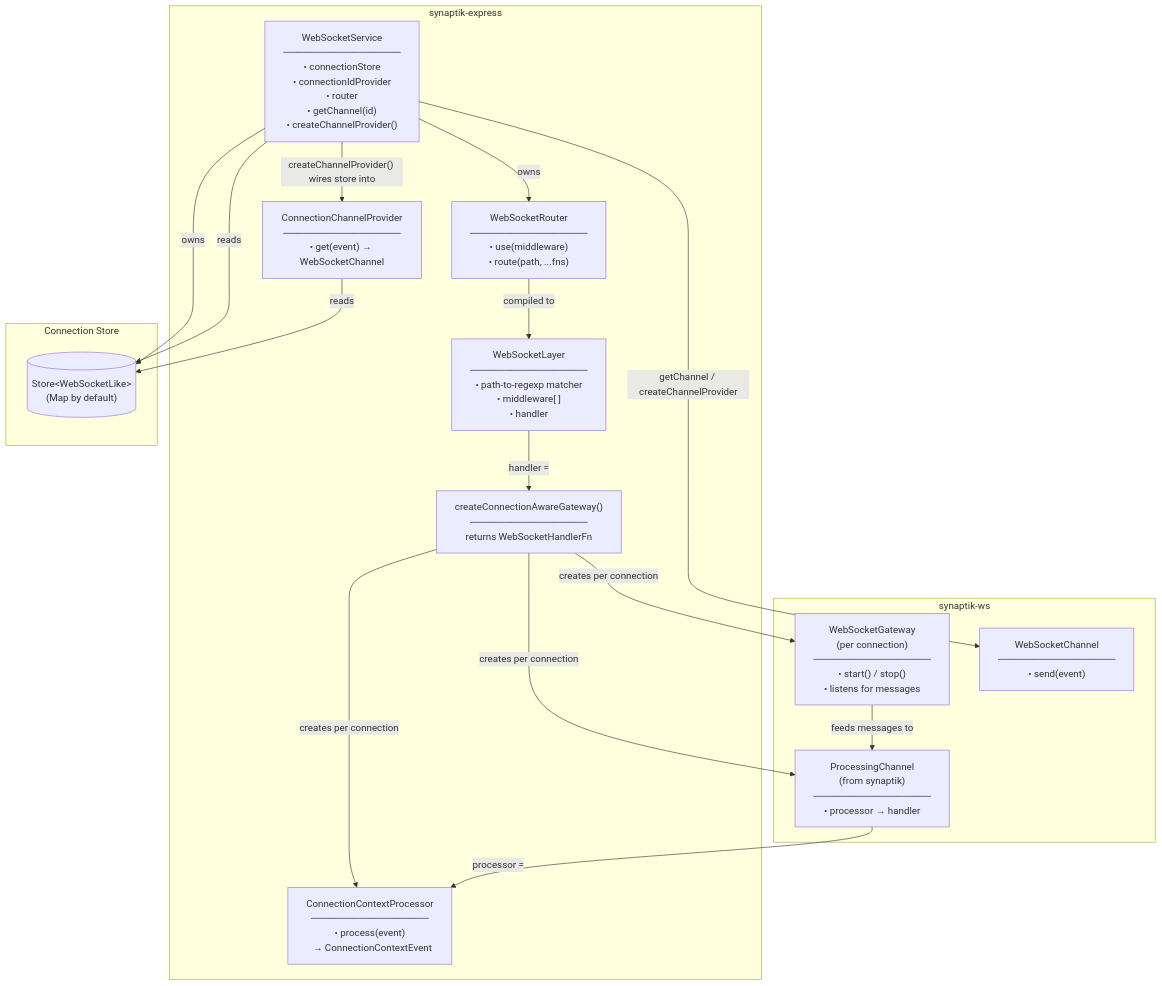
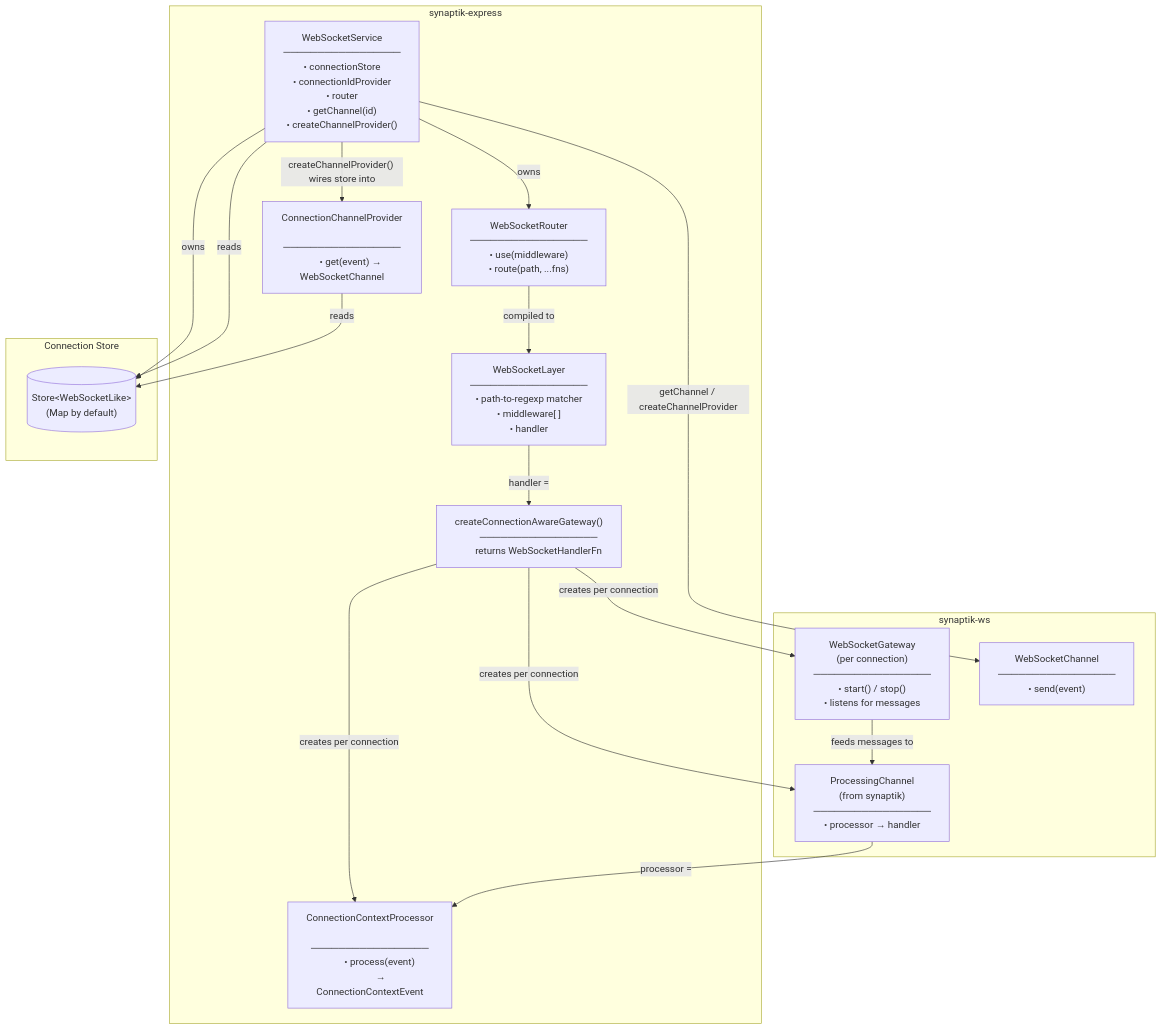
Before and after one commit to sektek/synaptik-express: the first of 4 diagrams in docs/web-socket.md, drawn with Mermaid. The commit also changed other lines of this file, not shown here.

Commit message:
docs: replace literal \n with real newlines in mermaid diagrams

````diff
--- a/docs/web-socket.md
+++ b/docs/web-socket.md
@@ -9,42 +9,72 @@
 ```mermaid
 graph TB
     subgraph synaptik-express
-        SVC["WebSocketService\n─────────────────\n• connectionStore\n• connectionIdProvider\n• router\n• getChannel(id)\n• createChannelProvider()"]
+        SVC["WebSocketService
+        ─────────────────
+        • connectionStore
+        • connectionIdProvider
+        • router
+        • getChannel(id)
+        • createChannelProvider()"]
 
-        ROUTER["WebSocketRouter\n─────────────────\n• use(middleware)\n• route(path, ...fns)"]
+        ROUTER["WebSocketRouter
+        ─────────────────
+        • use(middleware)
+        • route(path, ...fns)"]
 
-        LAYER["WebSocketLayer\n─────────────────\n• path-to-regexp matcher\n• middleware[ ]\n• handler"]
+        LAYER["WebSocketLayer
+        ─────────────────
+        • path-to-regexp matcher
+        • middleware[ ]
+        • handler"]
 
-        CCP["ConnectionChannelProvider\n─────────────────\n• get(event) → WebSocketChannel"]
+        CCP["ConnectionChannelProvider
+        ─────────────────
+        • get(event) → WebSocketChannel"]
 
-        PROC["ConnectionContextProcessor\n─────────────────\n• process(event)\n  → ConnectionContextEvent"]
+        PROC["ConnectionContextProcessor
+        ─────────────────
+        • process(event)
+          → ConnectionContextEvent"]
 
-        GATEWAY_FN["createConnectionAwareGateway()\n─────────────────\nreturns WebSocketHandlerFn"]
+        GATEWAY_FN["createConnectionAwareGateway()
+        ─────────────────
+        returns WebSocketHandlerFn"]
     end
 
     subgraph synaptik-ws
-        GW["WebSocketGateway\n(per connection)\n─────────────────\n• start() / stop()\n• listens for messages"]
+        GW["WebSocketGateway
+        (per connection)
+        ─────────────────
+        • start() / stop()
+        • listens for messages"]
 
-        CH["WebSocketChannel\n─────────────────\n• send(event)"]
+        CH["WebSocketChannel
+        ─────────────────
+        • send(event)"]
 
-        PC["ProcessingChannel\n(from synaptik)\n─────────────────\n• processor → handler"]
+        PC["ProcessingChannel
+        (from synaptik)
+        ─────────────────
+        • processor → handler"]
     end
 
     subgraph "Connection Store"
-        STORE[("Store&lt;WebSocketLike&gt;\n(Map by default)")]
+        STORE[("Store&lt;WebSocketLike&gt;
+        (Map by default)")]
     end
 
     SVC -->|"owns"| ROUTER
     SVC -->|"owns"| STORE
     SVC -->|"reads"| STORE
     ROUTER -->|"compiled to"| LAYER
     LAYER -->|"handler ="| GATEWAY_FN
     GATEWAY_FN -->|"creates per connection"| GW
     GATEWAY_FN -->|"creates per connection"| PROC
     GATEWAY_FN -->|"creates per connection"| PC
     GW -->|"feeds messages to"| PC
     PC -->|"processor ="| PROC
     SVC -->|"getChannel / createChannelProvider"| CH
     CCP -->|"reads"| STORE
     SVC -->|"createChannelProvider() wires store into"| CCP
 ```
````
